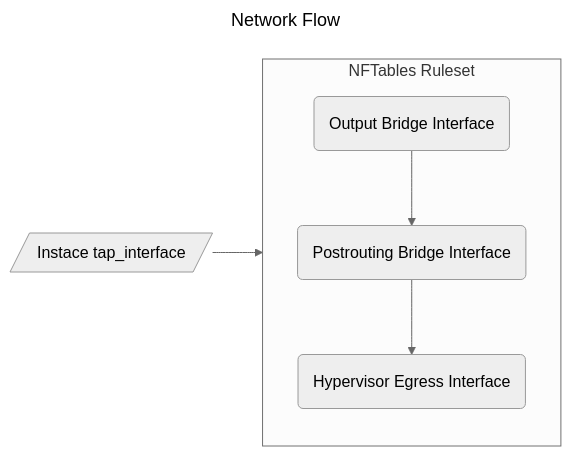
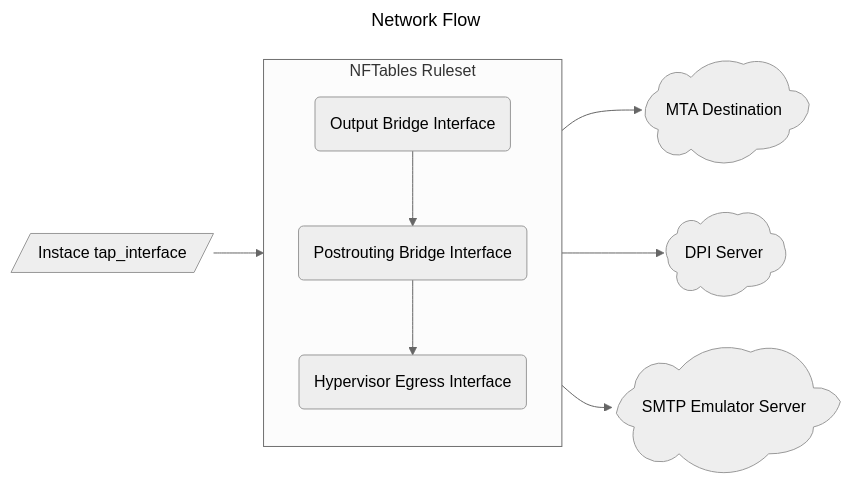
The diagram in Antispam System/README.md (Zai4ikManiak/Cyber-Security-Study), drawn with Mermaid (neutral theme) before and after one commit.

Commit message:
modified:   README.md

````diff
--- a/Antispam System/README.md
+++ b/Antispam System/README.md
@@ -3,16 +3,24 @@
 ```mermaid
 ---
 title: Network Flow
 ---
 flowchart LR
+    
     tap_int["Instace tap_interface"]@{ shape: in-out }
 
     subgraph firewall["NFTables Ruleset"]
         output_br["Output Bridge Interface"]@{ shape: event }
         post_ro_br["Postrouting Bridge Interface"]@{ shape: event }
         egress["Hypervisor Egress Interface"]@{ shape: event }
     end
 
+    net["MTA Destination"]@{ shape: cloud }
+    dpi["DPI Server"]@{ shape: cloud }
+    em{"SMTP Emulator Server"}@{ shape: cloud }
+
     tap_int --> firewall
     output_br --> post_ro_br --> egress
+    firewall --> net
+    firewall --> dpi
+    firewall --> em
 ```
````
